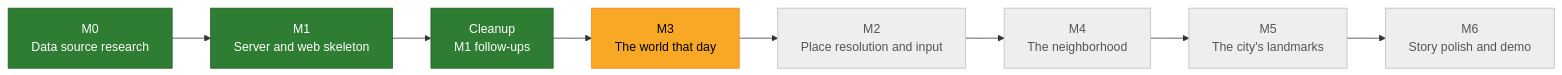
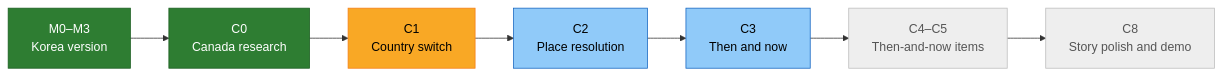
Before and after one commit to ericmschoi/The-World-That-Day: the diagram in README.md, drawn with Mermaid. The commit also changed other lines of this file, not shown here.

First line of the commit message:
docs: describe the Canada direction and progress in the README

````diff
--- a/README.md
+++ b/README.md
@@ -19,17 +22,16 @@
 ```mermaid
 flowchart LR
-    M0["M0<br/>Data source research"]:::done
-    M1["M1<br/>Server and web skeleton"]:::done
-    C["Cleanup<br/>M1 follow-ups"]:::done
-    M3["M3<br/>The world that day"]:::doing
-    M2["M2<br/>Place resolution and input"]:::todo
-    M4["M4<br/>The neighborhood"]:::todo
-    M5["M5<br/>The city's landmarks"]:::todo
-    M6["M6<br/>Story polish and demo"]:::todo
-    M0 --> M1 --> C --> M3 --> M2 --> M4 --> M5 --> M6
+    K["M0–M3<br/>Korea version"]:::done
+    C0["C0<br/>Canada research"]:::done
+    C1["C1<br/>Country switch"]:::doing
+    C2["C2<br/>Place resolution"]:::next
+    C3["C3<br/>Then and now"]:::next
+    C4["C4–C5<br/>Then-and-now items"]:::todo
+    C8["C8<br/>Story polish and demo"]:::todo
+    K --> C0 --> C1 --> C2 --> C3 --> C4 --> C8
 
     classDef done fill:#2e7d32,color:#fff,stroke:#1b5e20
     classDef doing fill:#f9a825,color:#000,stroke:#f57f17
     classDef next fill:#90caf9,color:#000,stroke:#1565c0
     classDef todo fill:#eeeeee,color:#555,stroke:#bdbdbd
 ```
````
